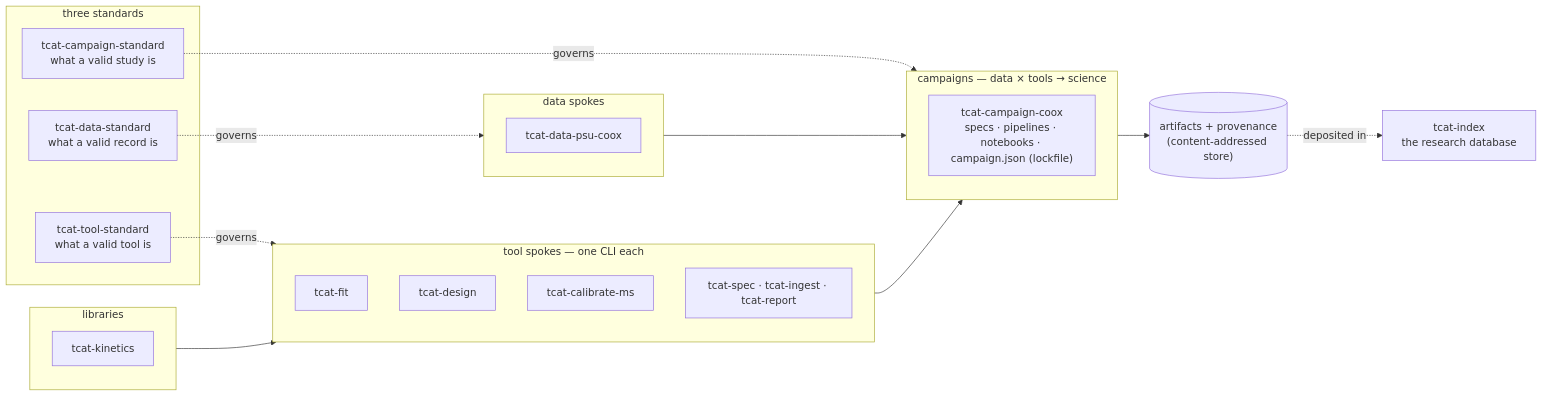
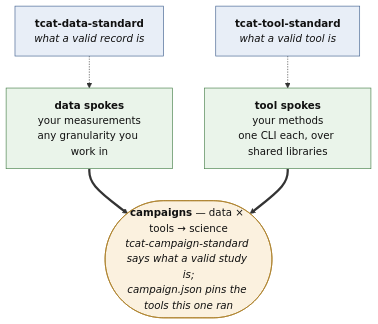
The diagram in profile/README.md (TransientCatalysis/.github), drawn with Mermaid before and after one commit. The commit also changed other lines of this file, not shown here.

````diff
--- a/profile/README.md
+++ b/profile/README.md
@@ -38,28 +38,18 @@
 ```mermaid
-flowchart LR
-  subgraph standards [three standards]
-    DS["tcat-data-standard<br/>what a valid record is"]
-    TS["tcat-tool-standard<br/>what a valid tool is"]
-    CS["tcat-campaign-standard<br/>what a valid study is"]
-  end
-  subgraph D [data spokes]
-    d1["tcat-data-psu-coox"]
-  end
-  subgraph L [libraries]
-    k["tcat-kinetics"]
-  end
-  subgraph T [tool spokes — one CLI each]
-    t1["tcat-fit"]; t2["tcat-design"]; t3["tcat-calibrate-ms"]; t4["tcat-spec · tcat-ingest · tcat-report"]
-  end
-  subgraph C [campaigns — data × tools → science]
-    c1["tcat-campaign-coox<br/>specs · pipelines · notebooks · campaign.json (lockfile)"]
-  end
-  DS -. governs .-> D
-  TS -. governs .-> T
-  CS -. governs .-> C
-  L --> T
-  D --> C
-  T --> C
-  C --> A[("artifacts + provenance<br/>(content-addressed store)")]
-  A -. deposited in .-> I["tcat-index<br/>the research database"]
+flowchart TB
+    DS["<b>tcat-data-standard</b><br/><i>what a valid record is</i>"]
+    TS["<b>tcat-tool-standard</b><br/><i>what a valid tool is</i>"]
+    D["<b>data spokes</b><br/>your measurements<br/>any granularity you work in"]
+    T["<b>tool spokes</b><br/>your methods<br/>one CLI each, over shared libraries"]
+    C(["<b>campaigns</b> — data × tools → science<br/><i>tcat-campaign-standard says what a valid study is;</i><br/><i>campaign.json pins the tools this one ran</i>"])
+    DS -.-> D
+    TS -.-> T
+    D ==> C
+    T ==> C
+    classDef standard fill:#E8EEF7,stroke:#41618F,color:#101010
+    classDef spoke fill:#EAF4EA,stroke:#47804A,color:#101010
+    classDef campaign fill:#FBF1DF,stroke:#A97C22,color:#101010
+    class DS,TS standard
+    class D,T spoke
+    class C campaign
 ```
````
